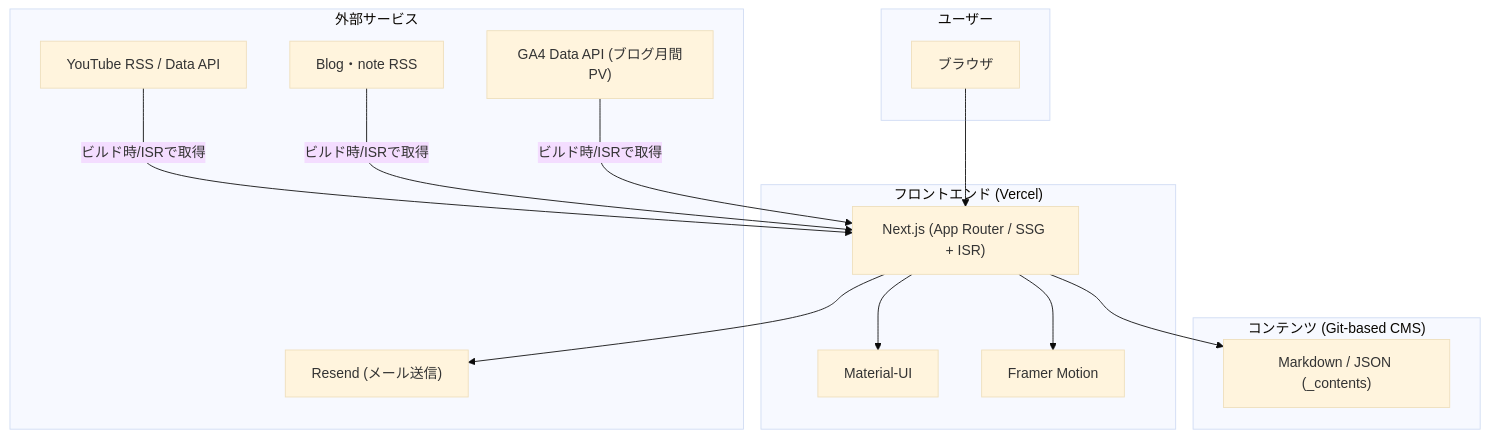
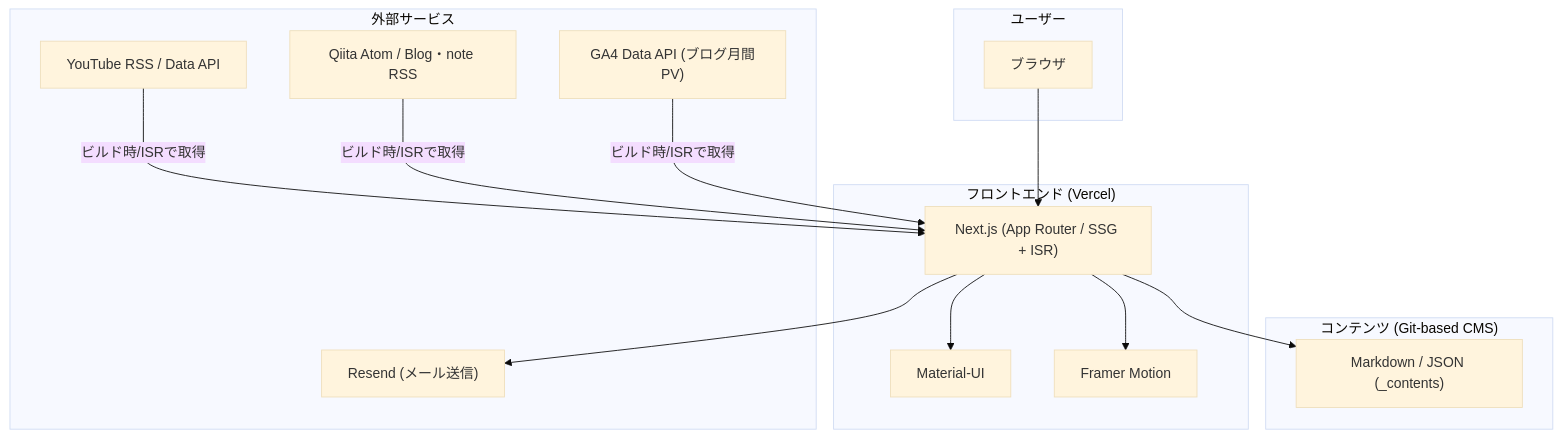
Before and after one commit to shou-dev19/shou-portfolio: the first of 2 diagrams in README.md, drawn with Mermaid (base theme). The commit also changed other lines of this file and 17 other files, not shown here.

````diff
--- a/README.md
+++ b/README.md
@@ -28,32 +28,32 @@
 ```mermaid
 graph TD
     subgraph "ユーザー"
         A[ブラウザ]
     end
 
     subgraph "フロントエンド (Vercel)"
         B["Next.js (App Router / SSG + ISR)"]
         C[Material-UI]
         D[Framer Motion]
     end
 
     subgraph "コンテンツ (Git-based CMS)"
         E["Markdown / JSON (_contents)"]
     end
 
     subgraph "外部サービス"
         F["Resend (メール送信)"]
         G["YouTube RSS / Data API"]
-        H["Blog・note RSS"]
+        H["Qiita Atom / Blog・note RSS"]
         I["GA4 Data API (ブログ月間PV)"]
     end
 
     A --> B
     B --> C
     B --> D
     B --> E
     B --> F
     G -->|ビルド時/ISRで取得| B
     H -->|ビルド時/ISRで取得| B
     I -->|ビルド時/ISRで取得| B
 ```
````
